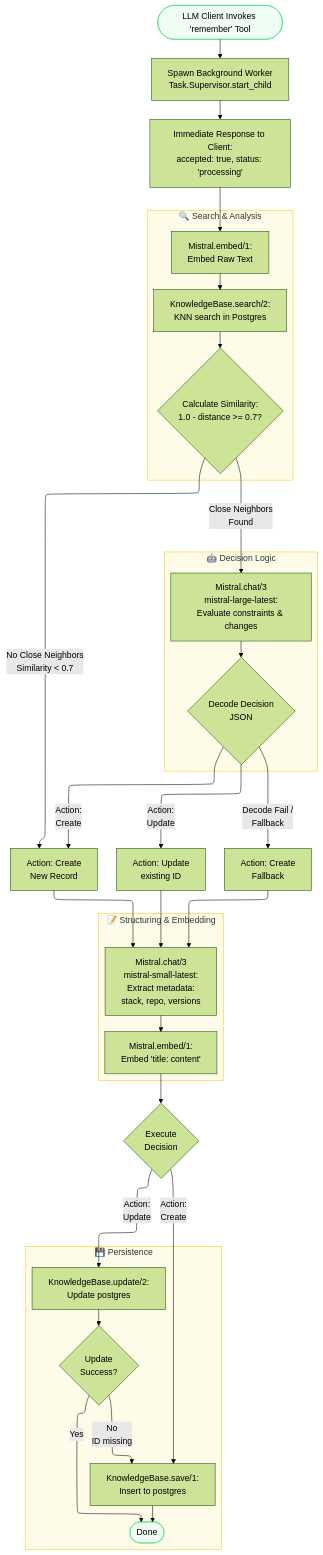
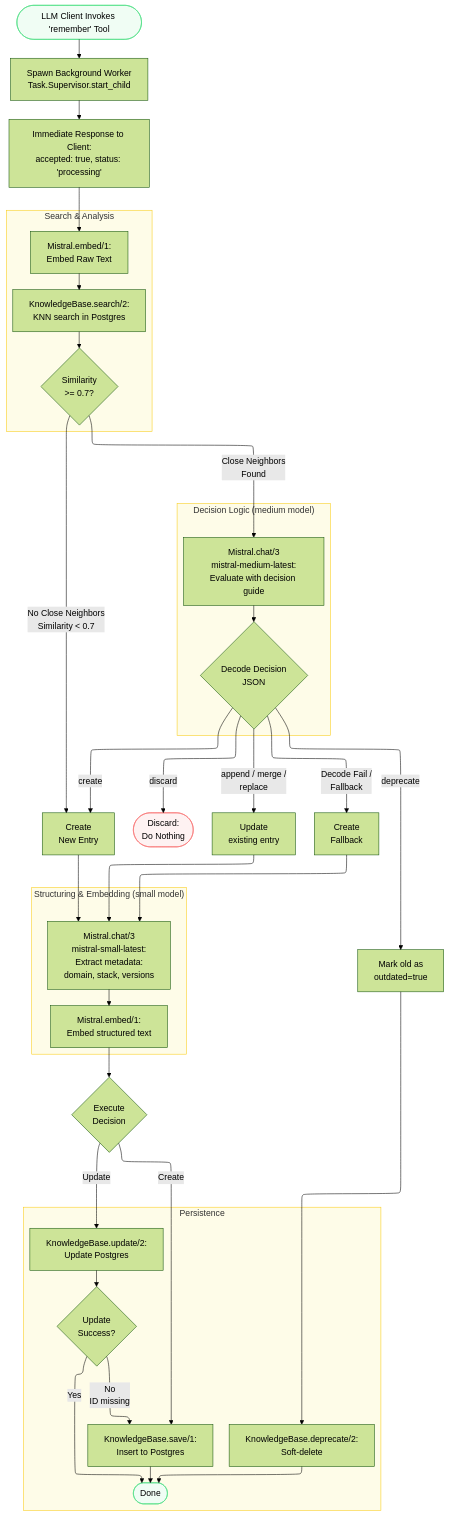
One commit to dwyl/hexpm-github-search changed the second of 4 diagrams in README.md. Above: the diagram before and after it, drawn with Mermaid (forest theme). The commit also changed other lines of this file and 3 other files, not shown here.

````diff
--- a/README.md
+++ b/README.md
@@ -146,73 +159,80 @@
 ```mermaid
 ---
 config:
   layout: elk
 ---
 flowchart TD
     Start([LLM Client Invokes 'remember' Tool]) --> Spawn[Spawn Background Worker<br/>Task.Supervisor.start_child]
     Spawn --> ReplyClient[Immediate Response to Client:<br/>accepted: true, status: 'processing']
     ReplyClient --> EmbedRaw
-    
-    subgraph col1["🔍 Search & Analysis"]
+
+    subgraph col1["Search & Analysis"]
         EmbedRaw[Mistral.embed/1:<br/>Embed Raw Text]
         SearchDb[KnowledgeBase.search/2:<br/>KNN search in Postgres]
-        FilterClose{Calculate Similarity:<br/>1.0 - distance >= 0.7?}
-        
+        FilterClose{Similarity<br/>>= 0.7?}
+
         EmbedRaw --> SearchDb
         SearchDb --> FilterClose
     end
-    
+
     FilterClose -- "No Close Neighbors<br/>Similarity < 0.7" --> ActionCreate
     FilterClose -- "Close Neighbors<br/>Found" --> AskMistral
-    
-    subgraph col2["🤖 Decision Logic"]
-        AskMistral[Mistral.chat/3<br/>mistral-large-latest:<br/>Evaluate constraints & changes]
+
+    subgraph col2["Decision Logic (medium model)"]
+        AskMistral[Mistral.chat/3<br/>mistral-medium-latest:<br/>Evaluate with decision guide]
         DecodeJSON{Decode Decision<br/>JSON}
-        
+
         AskMistral --> DecodeJSON
     end
-    
-    DecodeJSON -- "Action:<br/>Update" --> ActionUpdate[Action: Update<br/>existing ID]
-    DecodeJSON -- "Action:<br/>Create" --> ActionCreate[Action: Create<br/>New Record]
-    DecodeJSON -- "Decode Fail /<br/>Fallback" --> FallbackCreate[Action: Create<br/>Fallback]
-    
-    subgraph col3["📝 Structuring & Embedding"]
-        StructureText[Mistral.chat/3<br/>mistral-small-latest:<br/>Extract metadata:<br/>stack, repo, versions]
-        EmbedFinal[Mistral.embed/1:<br/>Embed 'title: content']
-        
+
+    DecodeJSON -- "discard" --> ActionDiscard([Discard:<br/>Do Nothing])
+    DecodeJSON -- "append / merge /<br/>replace" --> ActionUpdate[Update<br/>existing entry]
+    DecodeJSON -- "deprecate" --> ActionDeprecate[Mark old as<br/>outdated=true]
+    DecodeJSON -- "create" --> ActionCreate[Create<br/>New Entry]
+    DecodeJSON -- "Decode Fail /<br/>Fallback" --> FallbackCreate[Create<br/>Fallback]
+
+    subgraph col3["Structuring & Embedding (small model)"]
+        StructureText[Mistral.chat/3<br/>mistral-small-latest:<br/>Extract metadata:<br/>domain, stack, versions]
+        EmbedFinal[Mistral.embed/1:<br/>Embed structured text]
+
         StructureText --> EmbedFinal
     end
-    
+
     ActionCreate --> StructureText
     FallbackCreate --> StructureText
     ActionUpdate --> StructureText
-    
+
     EmbedFinal --> SaveOrUpdate{Execute<br/>Decision}
-    
-    subgraph col4["💾 Persistence"]
-        InsertPostgres[KnowledgeBase.save/1:<br/>Insert to postgres]
-        UpdatePostgres[KnowledgeBase.update/2:<br/>Update postgres]
+
+    subgraph col4["Persistence"]
+        InsertPostgres[KnowledgeBase.save/1:<br/>Insert to Postgres]
+        UpdatePostgres[KnowledgeBase.update/2:<br/>Update Postgres]
+        DeprecatePostgres[KnowledgeBase.deprecate/2:<br/>Soft-delete]
         VerifyUpdate{Update<br/>Success?}
-        
+
         UpdatePostgres --> VerifyUpdate
         VerifyUpdate -- "No<br/>ID missing" --> InsertPostgres
         InsertPostgres --> Done([Done])
         VerifyUpdate -- "Yes" --> Done
+        DeprecatePostgres --> Done
     end
-    
-    SaveOrUpdate -- "Action:<br/>Create" --> InsertPostgres
-    SaveOrUpdate -- "Action:<br/>Update" --> UpdatePostgres
-    
+
+    SaveOrUpdate -- "Create" --> InsertPostgres
+    SaveOrUpdate -- "Update" --> UpdatePostgres
+    ActionDeprecate --> DeprecatePostgres
+
     classDef startEnd fill:#f0fdf4,stroke:#4ade80
     classDef search fill:#ecfeff,stroke:#22d3ee
     classDef decision fill:#fdf4ff,stroke:#e879f9
     classDef process fill:#fff7ed,stroke:#fb923c
     classDef persist fill:#f0f9ff,stroke:#38bdf8
     classDef subgraphStyle fill:#fefce8,stroke:#facc15
-    
+    classDef discardStyle fill:#fef2f2,stroke:#f87171
+
     class Start,Done startEnd
+    class ActionDiscard discardStyle
     class col1 subgraphStyle
     class col2 subgraphStyle
     class col3 subgraphStyle
     class col4 subgraphStyle
 ```
````
